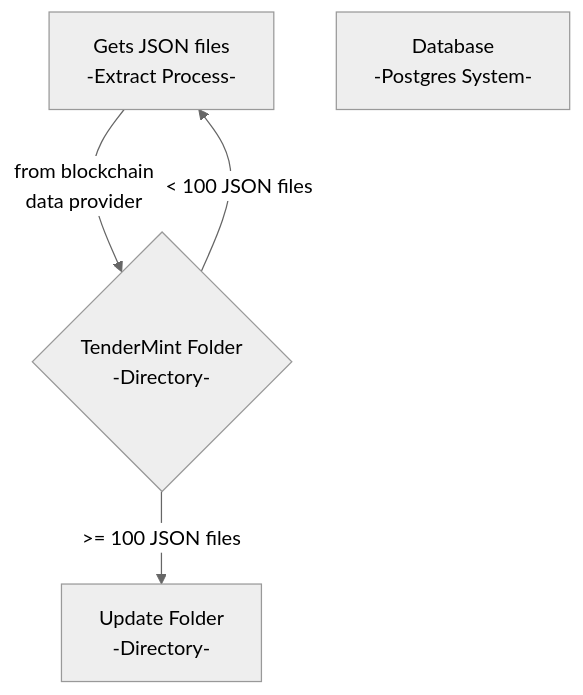
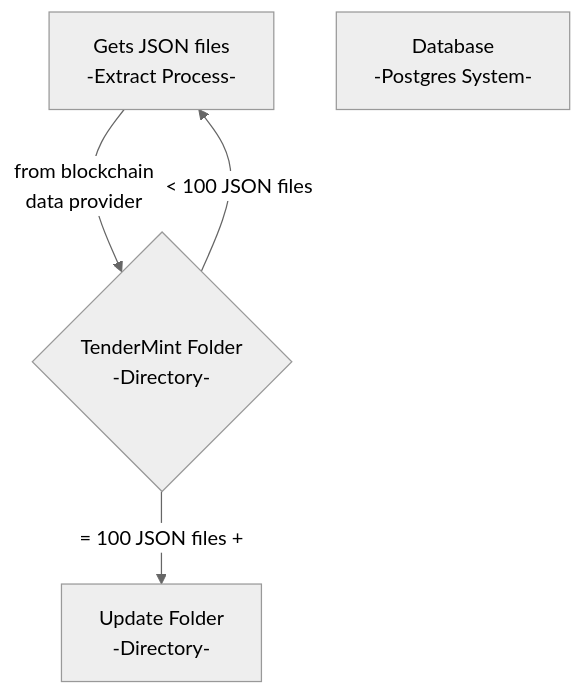
One commit to patmcfarland/one changed the diagram in README.md. Above: the diagram before and after it, drawn with Mermaid (neutral theme).

````diff
--- a/README.md
+++ b/README.md
@@ -1,9 +1,9 @@
 ```mermaid
 flowchart TD
 A[Gets JSON files<br>-Extract Process-]
 A -- from blockchain<br>data provider --> B
 B{TenderMint Folder<br>-Directory-}
-B -- >= 100 JSON files --> C[Update Folder<br>-Directory-]
+B -- = 100 JSON files + --> C[Update Folder<br>-Directory-]
 B -- < 100 JSON files --> A
 D[Database<br>-Postgres System-]
 ```
````
